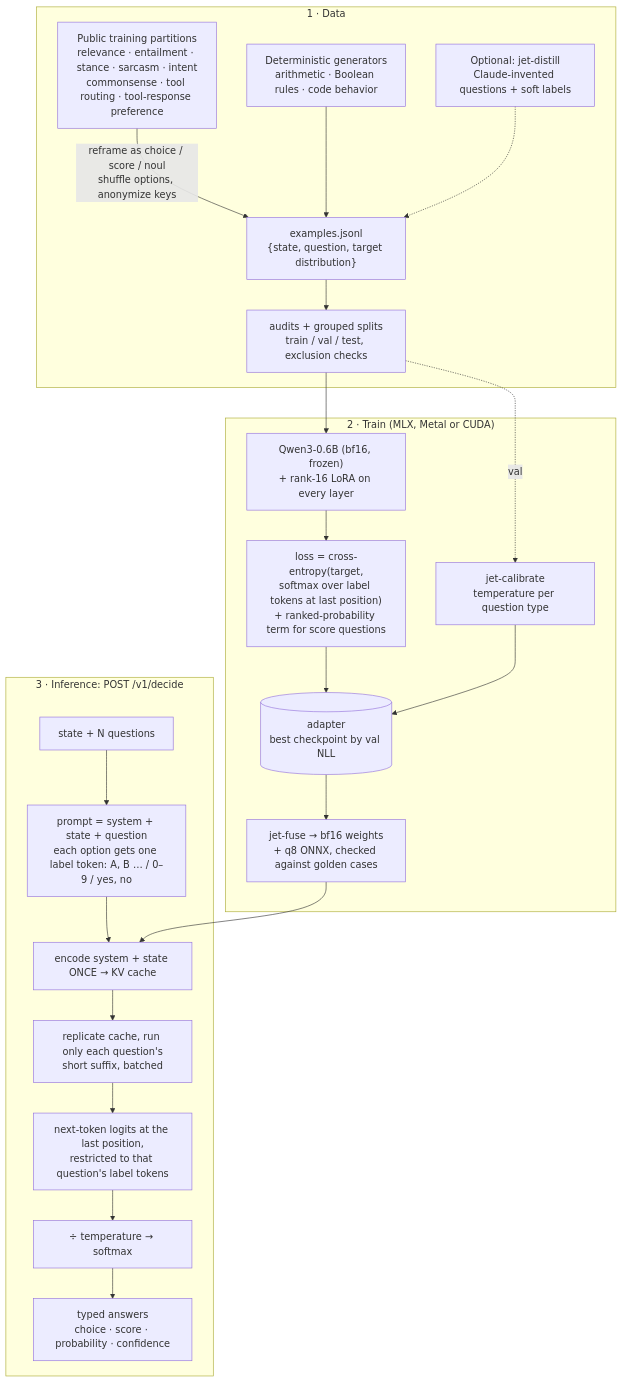
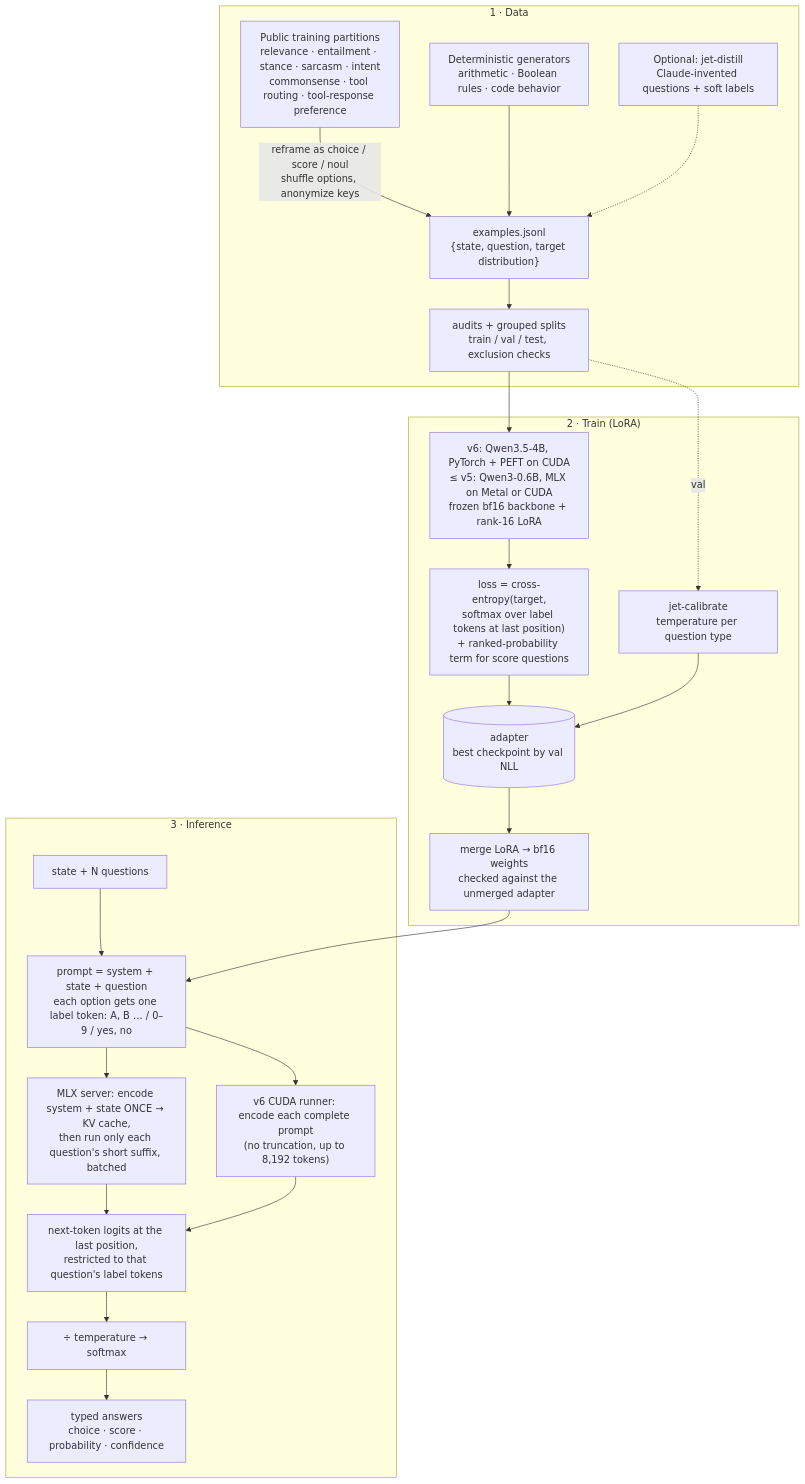
One commit to jach-labs/jet changed the diagram in README.md. Above: the diagram before and after it, drawn with Mermaid. The commit also changed other lines of this file and 11 other files, not shown here.

First line of the commit message:
Bring the Jet v6 (Qwen3.5-4B) release into the repository

````diff
--- a/README.md
+++ b/README.md
@@ -42,33 +58,34 @@
 ```mermaid
 flowchart TB
     subgraph data["1 · Data"]
         pub["Public training partitions<br/>relevance · entailment · stance · sarcasm · intent<br/>commonsense · tool routing · tool-response preference"]
         gen["Deterministic generators<br/>arithmetic · Boolean rules · code behavior"]
         dist["Optional: jet-distill<br/>Claude-invented questions + soft labels"]
         pub -- "reframe as choice / score / noul<br/>shuffle options, anonymize keys" --> ex
         gen --> ex
         dist -.-> ex
         ex["examples.jsonl<br/>{state, question, target distribution}"] --> split["audits + grouped splits<br/>train / val / test, exclusion checks"]
     end
 
-    subgraph train["2 · Train (MLX, Metal or CUDA)"]
-        base["Qwen3-0.6B (bf16, frozen)<br/>+ rank-16 LoRA on every layer"]
+    subgraph train["2 · Train (LoRA)"]
+        base["v6: Qwen3.5-4B, PyTorch + PEFT on CUDA<br/>≤ v5: Qwen3-0.6B, MLX on Metal or CUDA<br/>frozen bf16 backbone + rank-16 LoRA"]
         loss["loss = cross-entropy(target,<br/>softmax over label tokens at last position)<br/>+ ranked-probability term for score questions"]
         base --> loss --> adapter[("adapter<br/>best checkpoint by val NLL")]
         cal["jet-calibrate<br/>temperature per question type"] --> adapter
-        adapter --> fuse["jet-fuse → bf16 weights<br/>+ q8 ONNX, checked against golden cases"]
+        adapter --> fuse["merge LoRA → bf16 weights<br/>checked against the unmerged adapter"]
     end
 
-    subgraph infer["3 · Inference: POST /v1/decide"]
+    subgraph infer["3 · Inference"]
         req["state + N questions"] --> prompt["prompt = system + state + question<br/>each option gets one label token: A, B … / 0–9 / yes, no"]
-        prompt --> prefix["encode system + state ONCE → KV cache"]
-        prefix --> fan["replicate cache, run only each question's<br/>short suffix, batched"]
-        fan --> logits["next-token logits at the last position,<br/>restricted to that question's label tokens"]
+        prompt --> prefix["MLX server: encode system + state ONCE → KV cache,<br/>then run only each question's short suffix, batched"]
+        prompt --> full["v6 CUDA runner: encode each complete prompt<br/>(no truncation, up to 8,192 tokens)"]
+        prefix --> logits
+        full --> logits["next-token logits at the last position,<br/>restricted to that question's label tokens"]
         logits --> soft["÷ temperature → softmax"]
         soft --> ans["typed answers<br/>choice · score · probability · confidence"]
     end
 
     split --> base
     split -. val .-> cal
-    fuse --> prefix
+    fuse --> prompt
 ```
````
